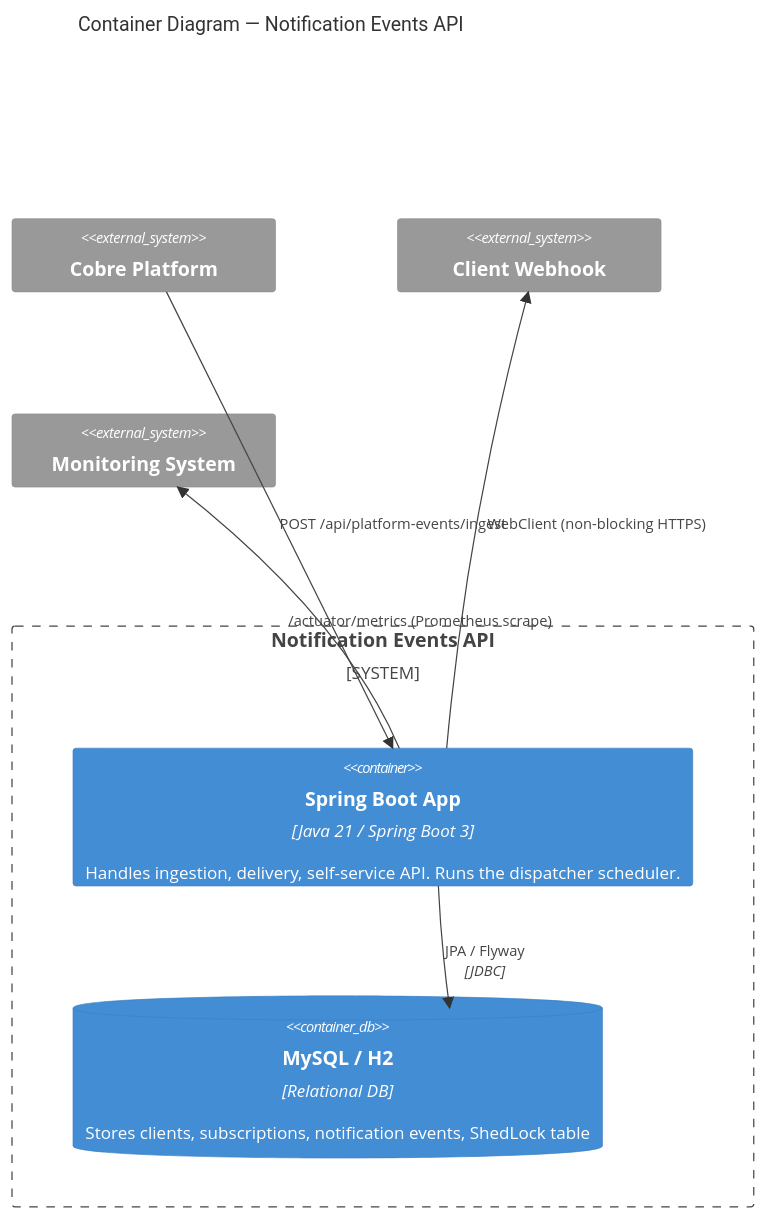
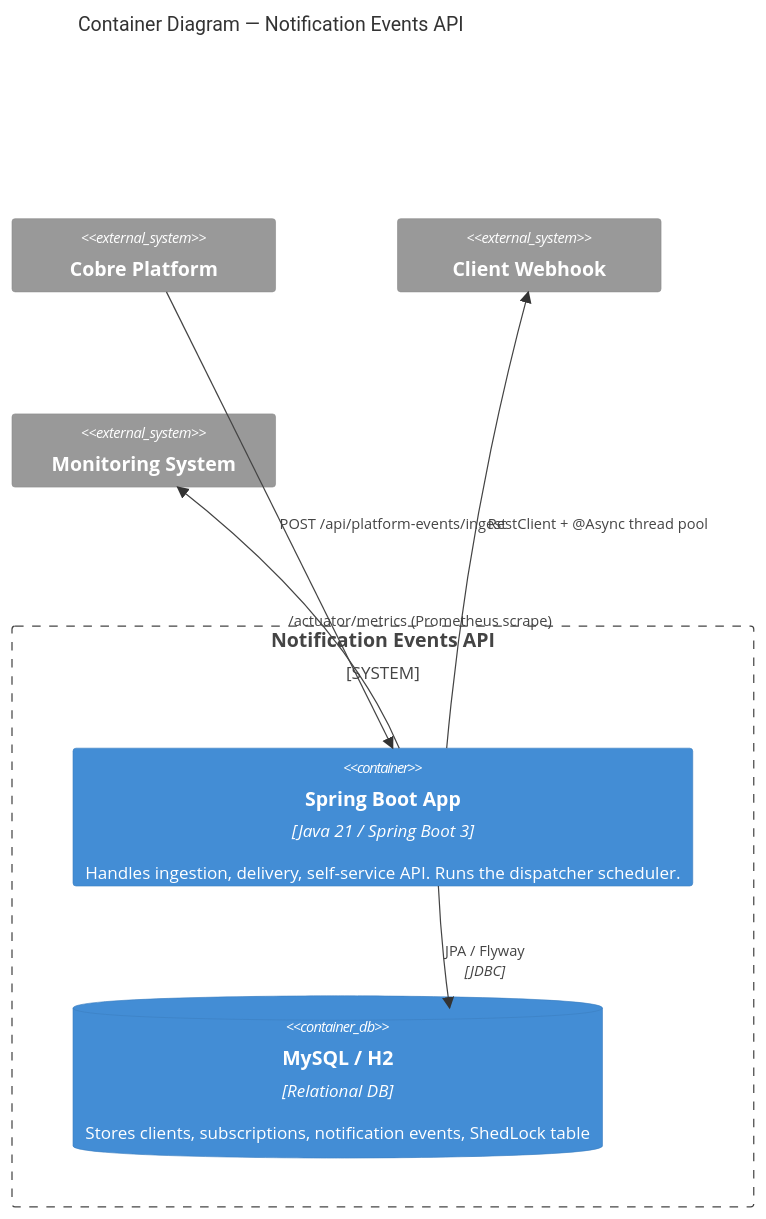
Before and after one commit to alangonzalez93/notification-events-api: the second of 5 diagrams in doc/system-design.md, drawn with Mermaid. The commit also changed other lines of this file and 87 other files, not shown here.

````diff
--- a/doc/system-design.md
+++ b/doc/system-design.md
@@ -36,18 +36,18 @@
 ```mermaid
 C4Container
     title Container Diagram — Notification Events API
 
     System_Boundary(api_system, "Notification Events API") {
         Container(app, "Spring Boot App", "Java 21 / Spring Boot 3", "Handles ingestion, delivery, self-service API. Runs the dispatcher scheduler.")
         ContainerDb(db, "MySQL / H2", "Relational DB", "Stores clients, subscriptions, notification events, ShedLock table")
     }
 
     System_Ext(platform, "Cobre Platform")
     System_Ext(webhook, "Client Webhook")
     System_Ext(monitoring, "Monitoring System")
 
     Rel(platform, app, "POST /api/platform-events/ingest")
     Rel(app, db, "JPA / Flyway", "JDBC")
-    Rel(app, webhook, "WebClient (non-blocking HTTPS)")
+    Rel(app, webhook, "RestClient + @Async thread pool")
     Rel(app, monitoring, "/actuator/metrics (Prometheus scrape)")
 ```
````
